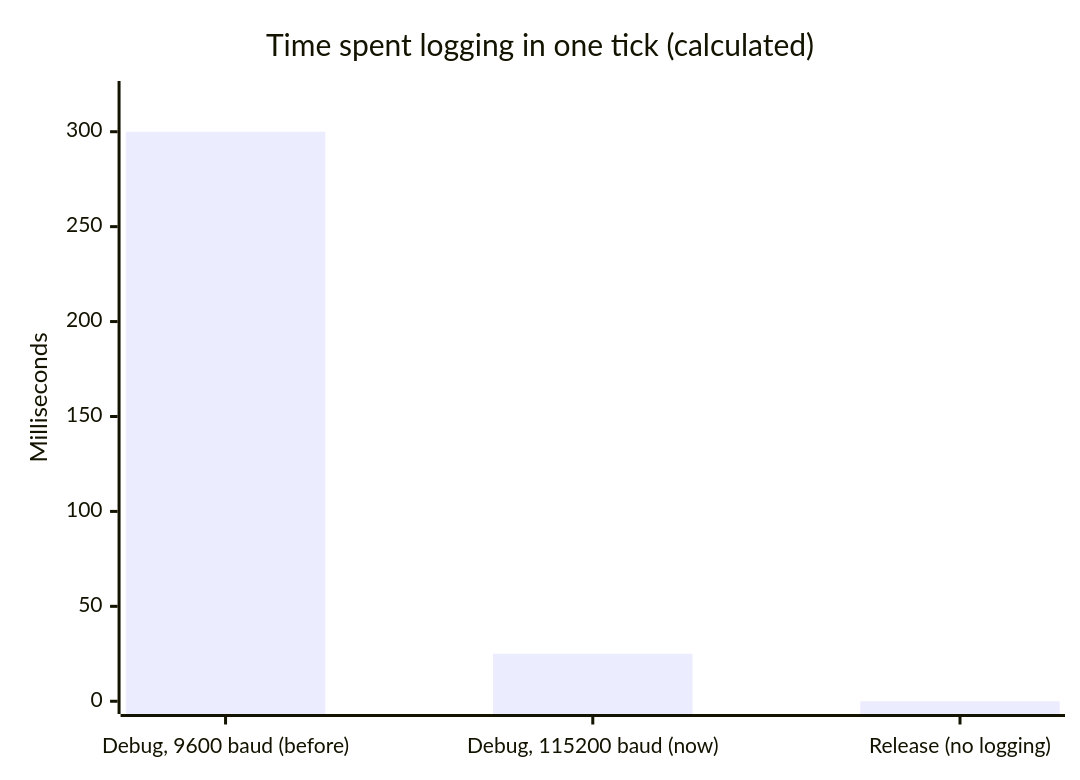
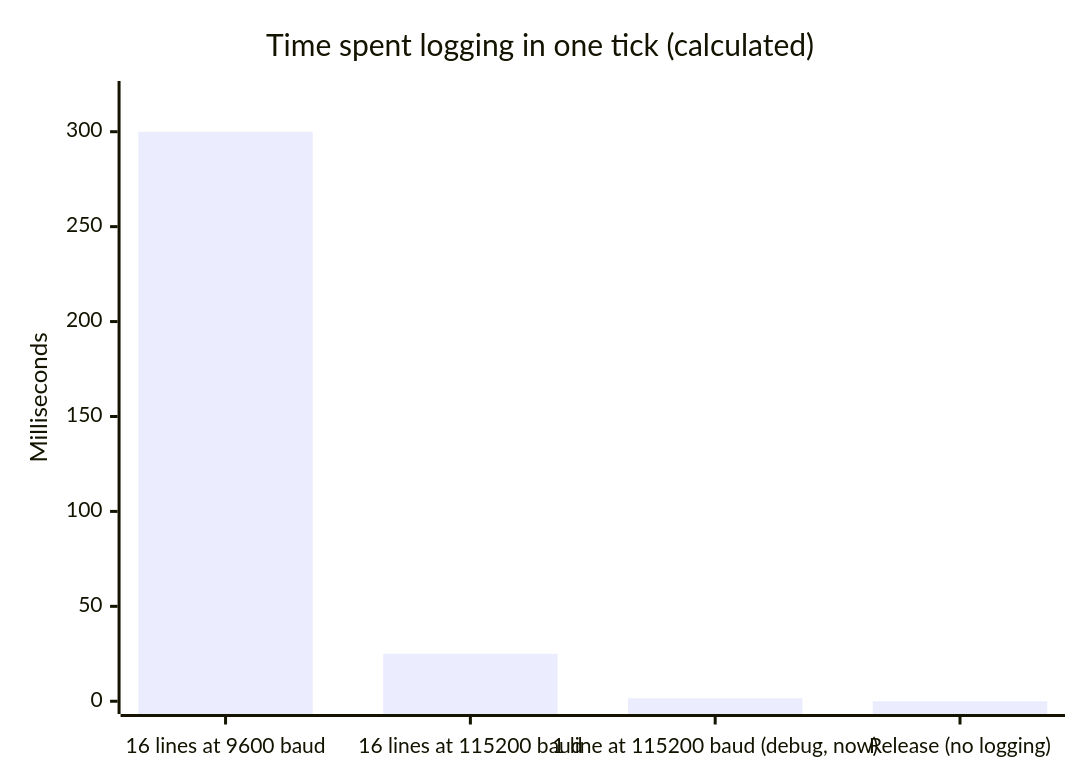
One commit to BonelessPig/nano_sequencer changed the sixth of 18 diagrams in docs/ARCHITECTURE.md. Above: the diagram before and after it, drawn with Mermaid. The commit also changed other lines of this file and 8 other files, not shown here.

````diff
--- a/docs/ARCHITECTURE.md
+++ b/docs/ARCHITECTURE.md
@@ -192,7 +192,7 @@
 ```mermaid
 xychart-beta
     title "Time spent logging in one tick (calculated)"
-    x-axis ["Debug, 9600 baud (before)", "Debug, 115200 baud (now)", "Release (no logging)"]
+    x-axis ["16 lines at 9600 baud", "16 lines at 115200 baud", "1 line at 115200 baud (debug, now)", "Release (no logging)"]
     y-axis "Milliseconds" 0 --> 320
-    bar [300, 25, 0]
+    bar [300, 25, 1.6, 0]
 ```
````
